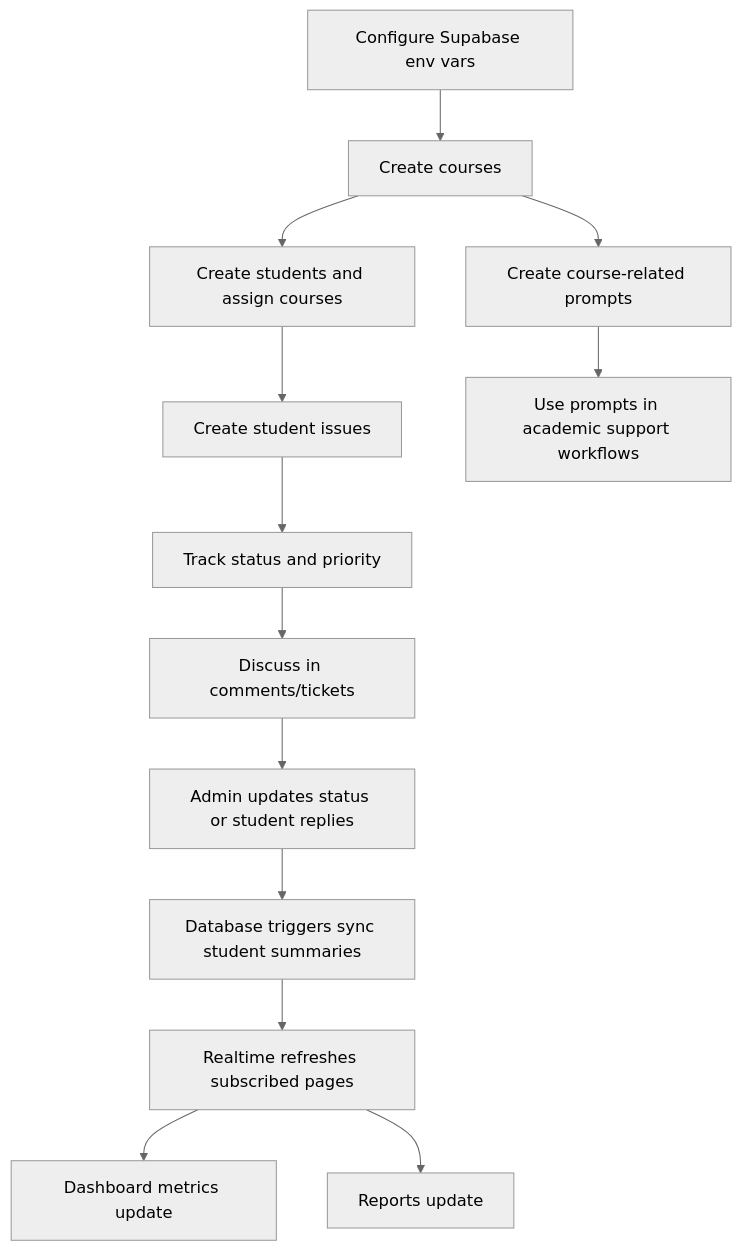
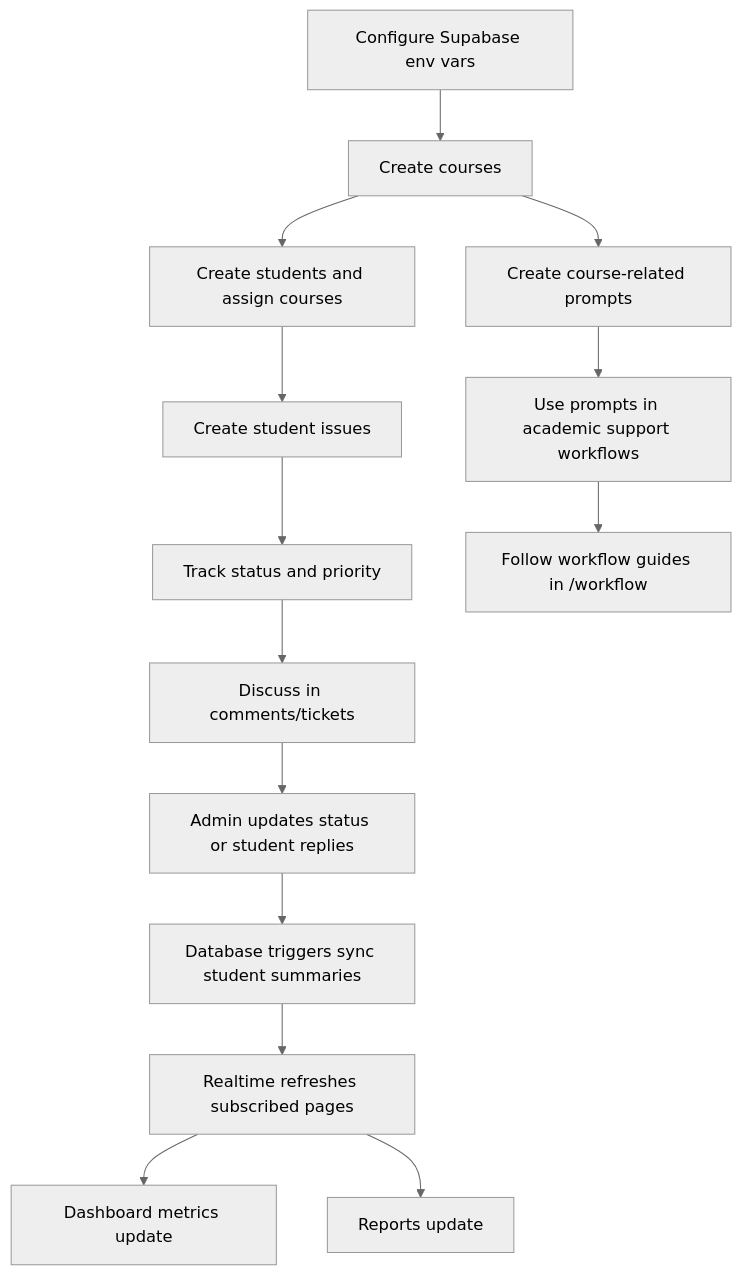
Diagram 17 of 17 in SYSTEM_FLOW.md (muhammadjamshed7/Assignmentwork), drawn with Mermaid (neutral theme) before and after one commit. The commit also changed other lines of this file and 35 other files, not shown here.

````diff
--- a/SYSTEM_FLOW.md
+++ b/SYSTEM_FLOW.md
@@ -547,15 +587,16 @@
 ```mermaid
 flowchart TD
   ConfigureSupabase[Configure Supabase env vars] --> AddCourses[Create courses]
   AddCourses --> AddStudents[Create students and assign courses]
   AddStudents --> AddIssues[Create student issues]
   AddIssues --> Triage[Track status and priority]
   Triage --> Comments[Discuss in comments/tickets]
   Comments --> StatusUpdates[Admin updates status or student replies]
   StatusUpdates --> DbTriggers[Database triggers sync student summaries]
   DbTriggers --> Realtime[Realtime refreshes subscribed pages]
   Realtime --> Dashboard[Dashboard metrics update]
   Realtime --> Reports[Reports update]
   AddCourses --> Prompts[Create course-related prompts]
   Prompts --> Support[Use prompts in academic support workflows]
+  Support --> Workflow[Follow workflow guides in /workflow]
 ```
````
